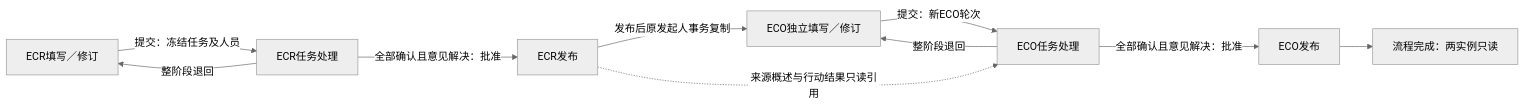
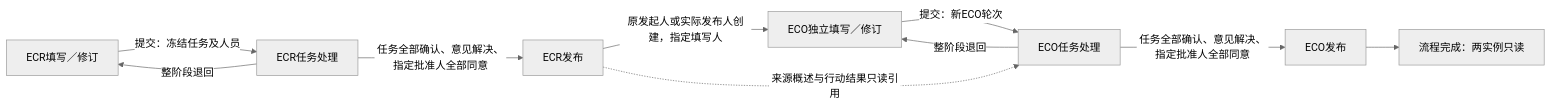
The diagram in docs/design/STAGES-CURRENT.md (jack1415926/form-filling-system), drawn with Mermaid (neutral theme) before and after one commit. The commit also changed other lines of this file and 51 other files, not shown here.

````diff
--- a/docs/design/STAGES-CURRENT.md
+++ b/docs/design/STAGES-CURRENT.md
@@ -7,12 +7,12 @@
 ```mermaid
 flowchart LR
     A["ECR填写／修订"] -->|"提交：冻结任务及人员"| B["ECR任务处理"]
-    B -->|"全部确认且意见解决：批准"| C["ECR发布"]
+    B -->|"任务全部确认、意见解决、指定批准人全部同意"| C["ECR发布"]
     B -->|"整阶段退回"| A
-    C -->|"发布后原发起人事务复制"| D["ECO独立填写／修订"]
+    C -->|"原发起人或实际发布人创建，指定填写人"| D["ECO独立填写／修订"]
     D -->|"提交：新ECO轮次"| E["ECO任务处理"]
-    E -->|"全部确认且意见解决：批准"| F["ECO发布"]
+    E -->|"任务全部确认、意见解决、指定批准人全部同意"| F["ECO发布"]
     E -->|"整阶段退回"| D
     F --> G["流程完成：两实例只读"]
     C -.->|"来源概述与行动结果只读引用"| E
 ```
````
